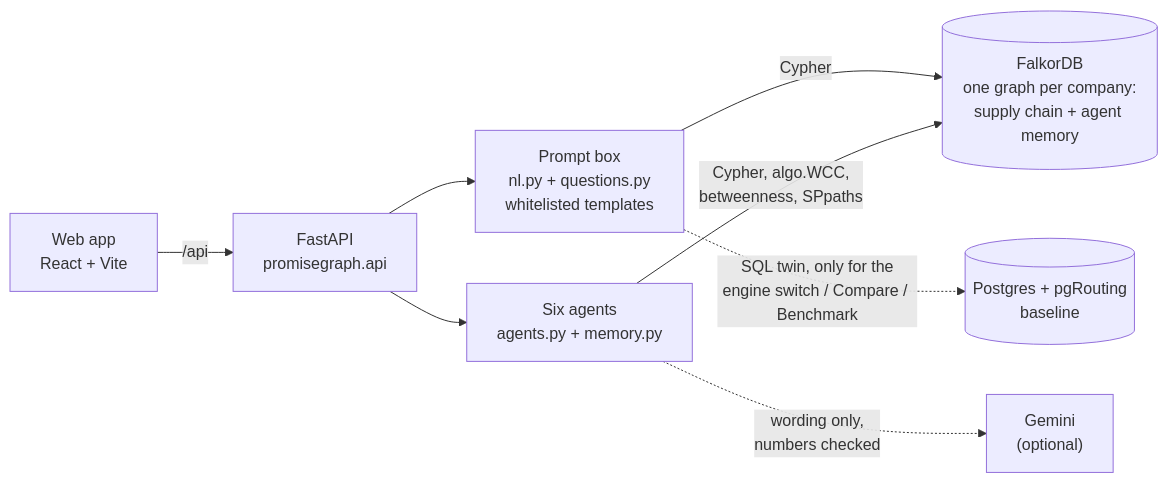
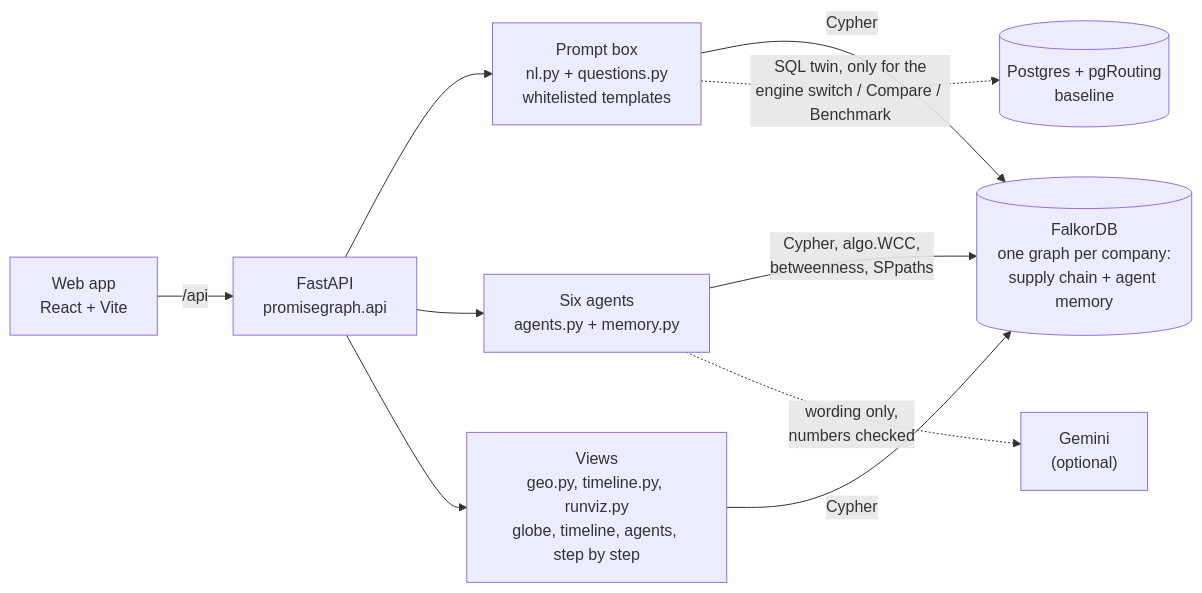
The diagram in README.md (kevinsudhan/ps5-hackathon), drawn with Mermaid before and after one commit. The commit also changed other lines of this file and 20 other files, not shown here.

````diff
--- a/README.md
+++ b/README.md
@@ -152,10 +227,12 @@
 ```mermaid
 flowchart LR
   UI["Web app<br/>React + Vite"] -->|"/api"| API["FastAPI<br/>promisegraph.api"]
   API --> Q["Prompt box<br/>nl.py + questions.py<br/>whitelisted templates"]
   API --> AG["Six agents<br/>agents.py + memory.py"]
   Q -->|Cypher| FK[("FalkorDB<br/>one graph per company:<br/>supply chain + agent memory")]
   AG -->|"Cypher, algo.WCC,<br/>betweenness, SPpaths"| FK
+  API --> V["Views<br/>geo.py, timeline.py, runviz.py<br/>globe, timeline, agents, step by step"]
+  V -->|Cypher| FK
   AG -.->|"wording only,<br/>numbers checked"| LLM["Gemini<br/>(optional)"]
   Q -.->|"SQL twin, only for the<br/>engine switch / Compare / Benchmark"| PG[("Postgres + pgRouting<br/>baseline")]
 ```
````
